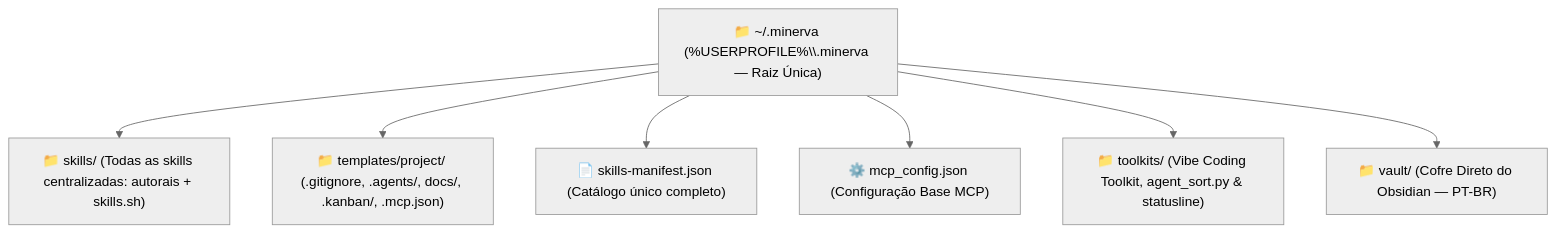
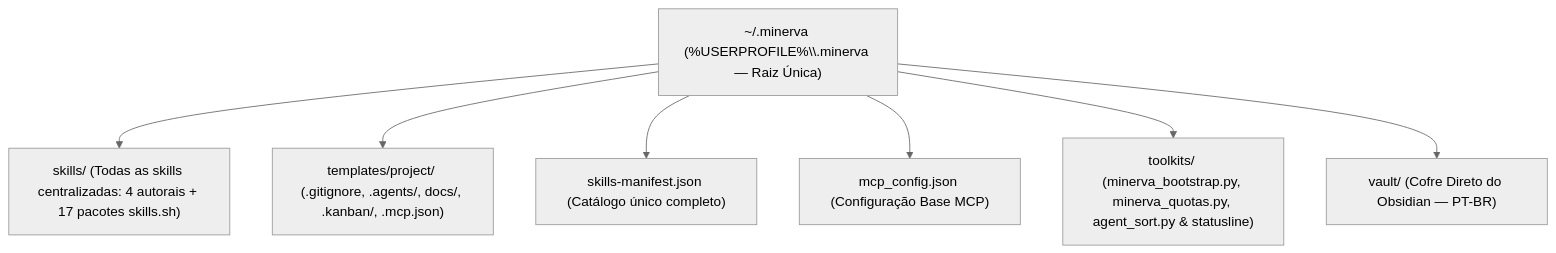
Before and after one commit to lk-feitosa/minerva-workspace: the first of 2 diagrams in vault/_Arquitetura e Documentação do Ecossistema.md, drawn with Mermaid (neutral theme). The commit also changed other lines of this file and 8 other files, not shown here.

Commit message:
docs(readme): remove excessive emojis from READMEs, CREDITS, skills, and vault notes

````diff
--- a/vault/_Arquitetura e Documentação do Ecossistema.md
+++ b/vault/_Arquitetura e Documentação do Ecossistema.md
@@ -34,11 +34,11 @@
 ```mermaid
 graph TD
-    REPO["📁 ~/.minerva (%USERPROFILE%\\.minerva — Raiz Única)"]
+    REPO["~/.minerva (%USERPROFILE%\\.minerva — Raiz Única)"]
     
-    REPO --> SKILLS["📁 skills/ (Todas as skills centralizadas: autorais + skills.sh)"]
-    REPO --> TEMPLATES["📁 templates/project/ (.gitignore, .agents/, docs/, .kanban/, .mcp.json)"]
-    REPO --> MANIFEST["📄 skills-manifest.json (Catálogo único completo)"]
-    REPO --> MCP_CFG["⚙️ mcp_config.json (Configuração Base MCP)"]
-    REPO --> TOOLKITS["📁 toolkits/ (Vibe Coding Toolkit, agent_sort.py & statusline)"]
-    REPO --> VAULT["📁 vault/ (Cofre Direto do Obsidian — PT-BR)"]
+    REPO --> SKILLS["skills/ (Todas as skills centralizadas: 4 autorais + 17 pacotes skills.sh)"]
+    REPO --> TEMPLATES["templates/project/ (.gitignore, .agents/, docs/, .kanban/, .mcp.json)"]
+    REPO --> MANIFEST["skills-manifest.json (Catálogo único completo)"]
+    REPO --> MCP_CFG["mcp_config.json (Configuração Base MCP)"]
+    REPO --> TOOLKITS["toolkits/ (minerva_bootstrap.py, minerva_quotas.py, agent_sort.py & statusline)"]
+    REPO --> VAULT["vault/ (Cofre Direto do Obsidian — PT-BR)"]
 ```
````
